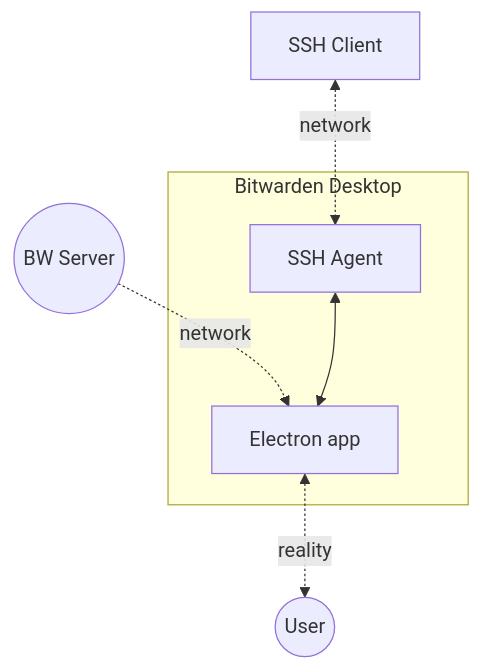
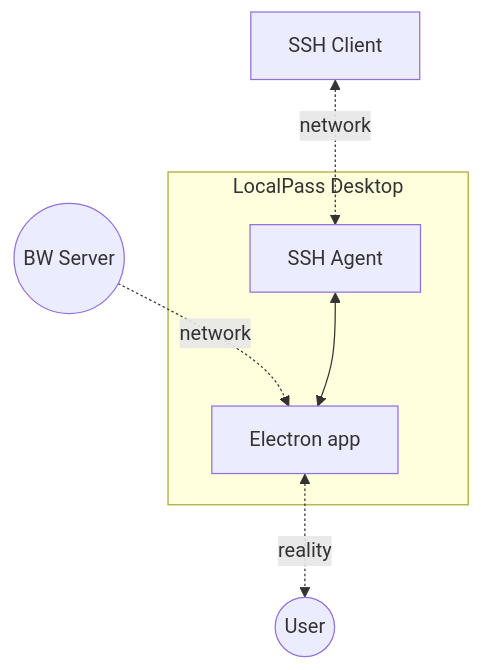
One commit to xieboss778/LocalPassword changed the second of 3 diagrams in apps/desktop/desktop_native/ssh_agent/README.md. Above: the diagram before and after it, drawn with Mermaid. The commit also changed other lines of this file and 3480 other files, not shown here.

Commit message:
chore: 全局改名 LocalPassword → LocalPass（包作用域、标识符、文档、迁移脚本与语言包）

````diff
--- a/apps/desktop/desktop_native/ssh_agent/README.md
+++ b/apps/desktop/desktop_native/ssh_agent/README.md
@@ -57,16 +57,16 @@
 ```mermaid
   flowchart TB
       BW((BW Server))
       Client[SSH Client]
       User((User))
 
-      subgraph BWD[Bitwarden Desktop]
+      subgraph BWD[LocalPass Desktop]
           Agent[SSH Agent]
           Electron[Electron app]
       end
 
       BW -.->|network| Electron
       Client <-.->|network| Agent
       Agent <--> Electron
       Electron <-.->|reality| User
 ```
````
